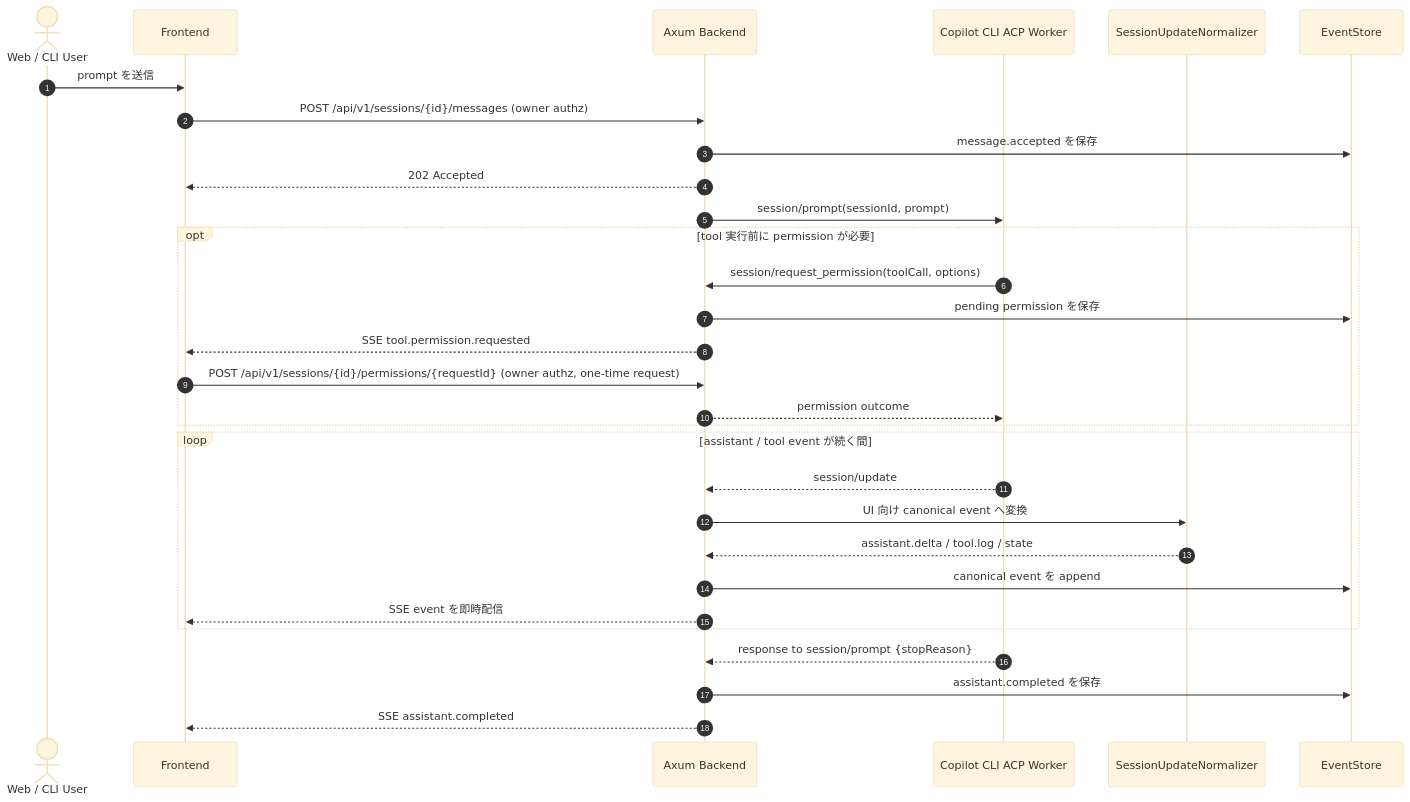
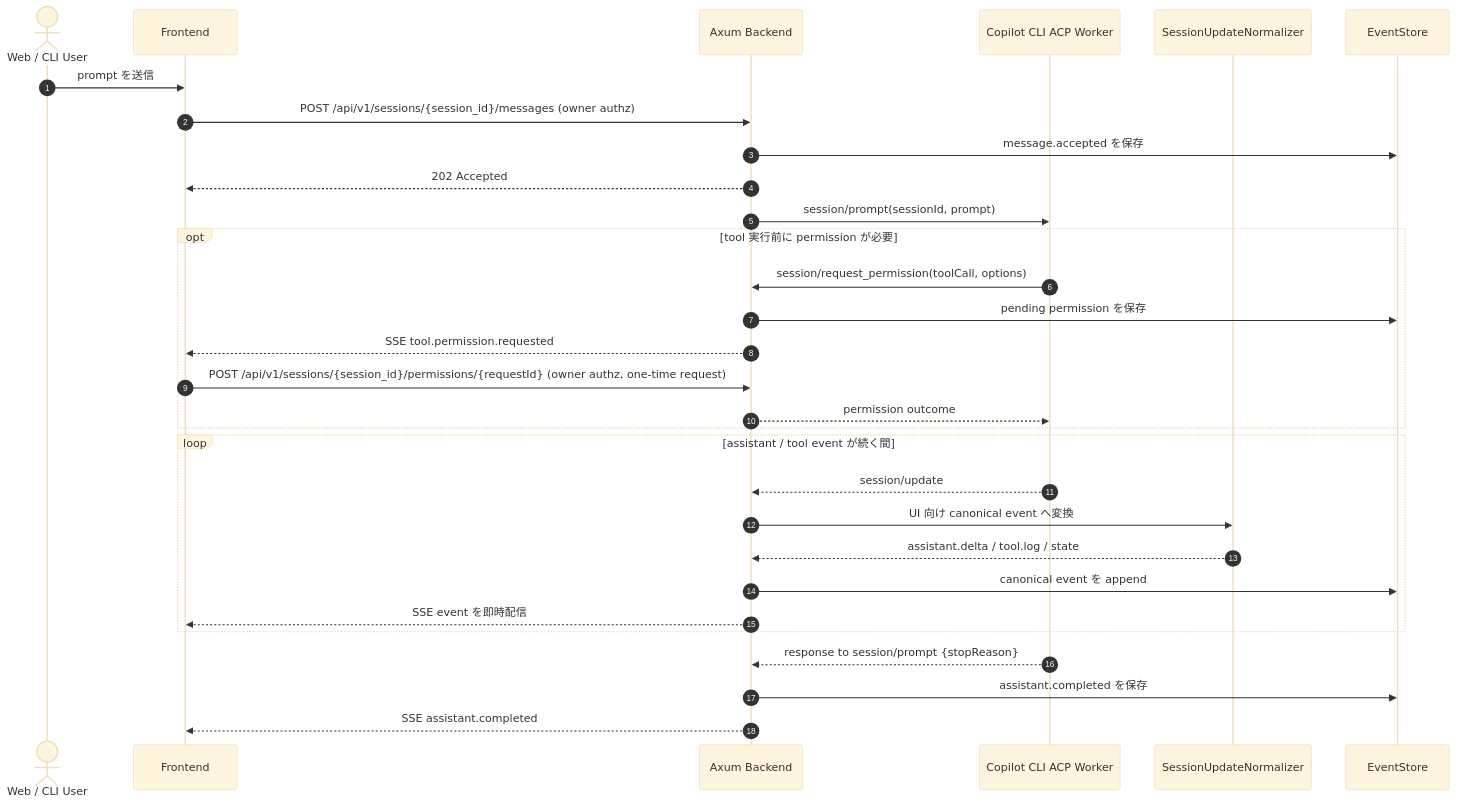
Before and after one commit to chalharu/acp-orchestrator: the seventh of 12 diagrams in docs/explanation/acp-web-cli-architecture.md, drawn with Mermaid (base theme). The commit also changed other lines of this file and 3 other files, not shown here.

Commit message:
docs(architecture): add workspace hierarchy design

````diff
--- a/docs/explanation/acp-web-cli-architecture.md
+++ b/docs/explanation/acp-web-cli-architecture.md
@@ -438,36 +475,36 @@
 ```mermaid
 sequenceDiagram
     autonumber
     actor User as Web / CLI User
     participant Frontend as Frontend
     participant Backend as Axum Backend
     participant Worker as Copilot CLI ACP Worker
     participant Normalizer as SessionUpdateNormalizer
     participant EventStore as EventStore
 
     User->>Frontend: prompt を送信
-    Frontend->>Backend: POST /api/v1/sessions/{id}/messages (owner authz)
+    Frontend->>Backend: POST /api/v1/sessions/{session_id}/messages (owner authz)
     Backend->>EventStore: message.accepted を保存
     Backend-->>Frontend: 202 Accepted
     Backend->>Worker: session/prompt(sessionId, prompt)
 
     opt tool 実行前に permission が必要
         Worker->>Backend: session/request_permission(toolCall, options)
         Backend->>EventStore: pending permission を保存
         Backend-->>Frontend: SSE tool.permission.requested
-        Frontend->>Backend: POST /api/v1/sessions/{id}/permissions/{requestId} (owner authz, one-time request)
+        Frontend->>Backend: POST /api/v1/sessions/{session_id}/permissions/{requestId} (owner authz, one-time request)
         Backend-->>Worker: permission outcome
     end
 
     loop assistant / tool event が続く間
         Worker-->>Backend: session/update
         Backend->>Normalizer: UI 向け canonical event へ変換
         Normalizer-->>Backend: assistant.delta / tool.log / state
         Backend->>EventStore: canonical event を append
         Backend-->>Frontend: SSE event を即時配信
     end
 
     Worker-->>Backend: response to session/prompt {stopReason}
     Backend->>EventStore: assistant.completed を保存
     Backend-->>Frontend: SSE assistant.completed
 ```
````
